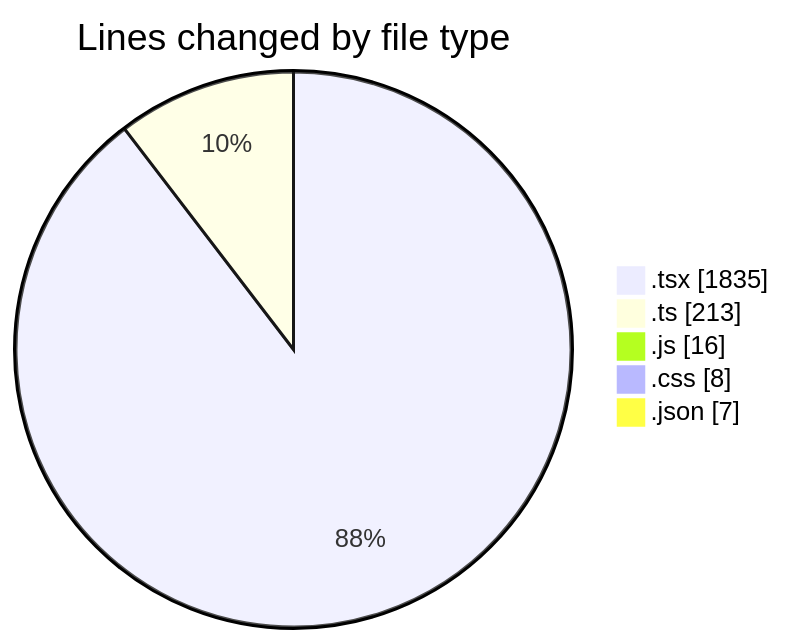
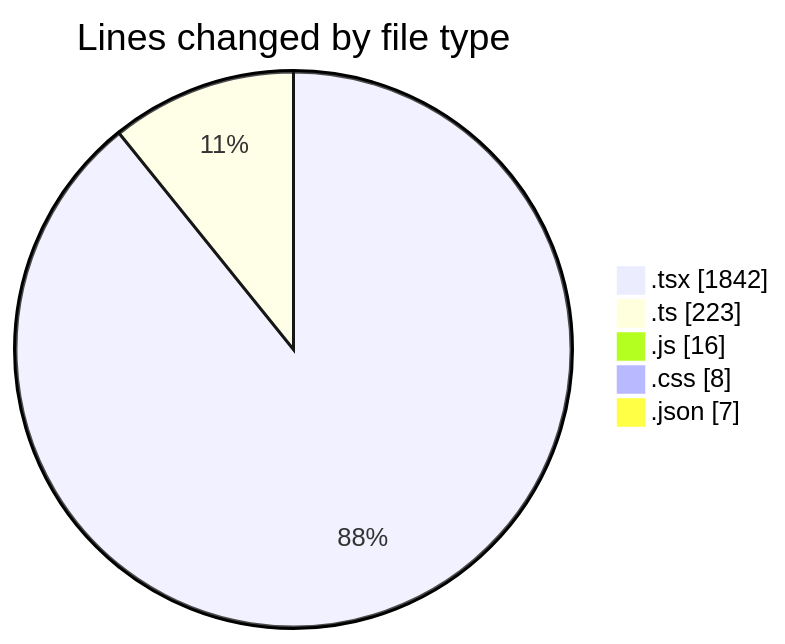
The first of 2 diagrams in 2025-01-17/mbc-web/README.md (robertbonfada/code-tracking), drawn with Mermaid before and after one commit. The commit also changed other lines of this file and 1 other file, not shown here.

````diff
--- a/2025-01-17/mbc-web/README.md
+++ b/2025-01-17/mbc-web/README.md
@@ -33,9 +34,9 @@
 ```mermaid
 pie showData
 title Lines changed by file type
-".tsx" : 1835
-".ts" : 213
+".tsx" : 1842
+".ts" : 223
 ".js" : 16
 ".css" : 8
 ".json" : 7
 ```
````
